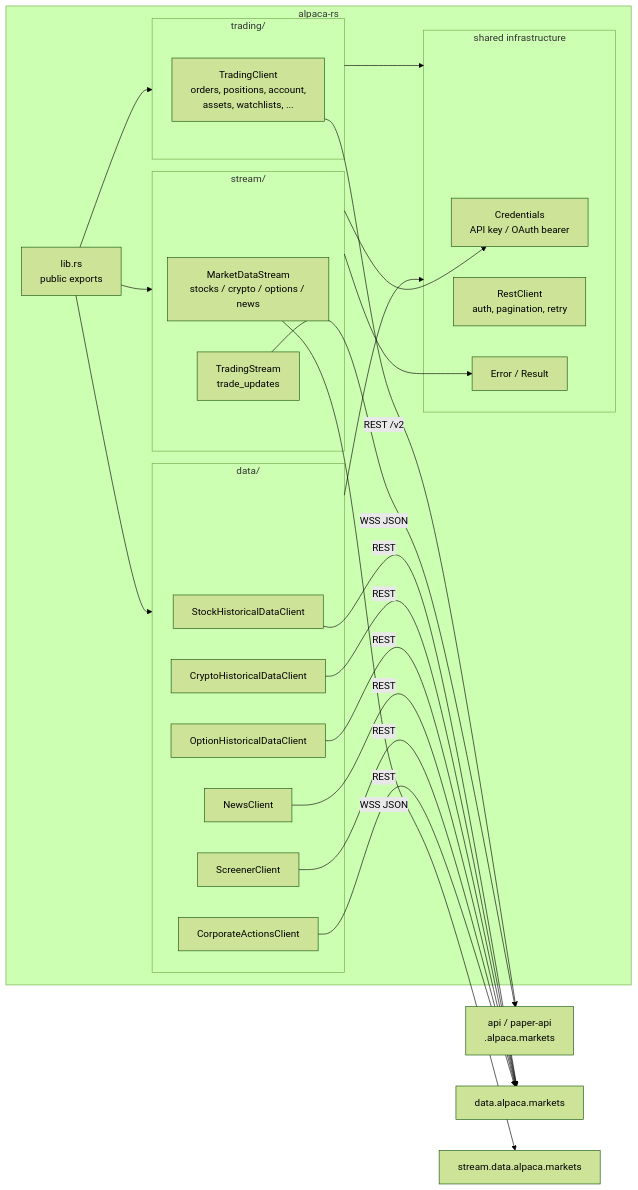
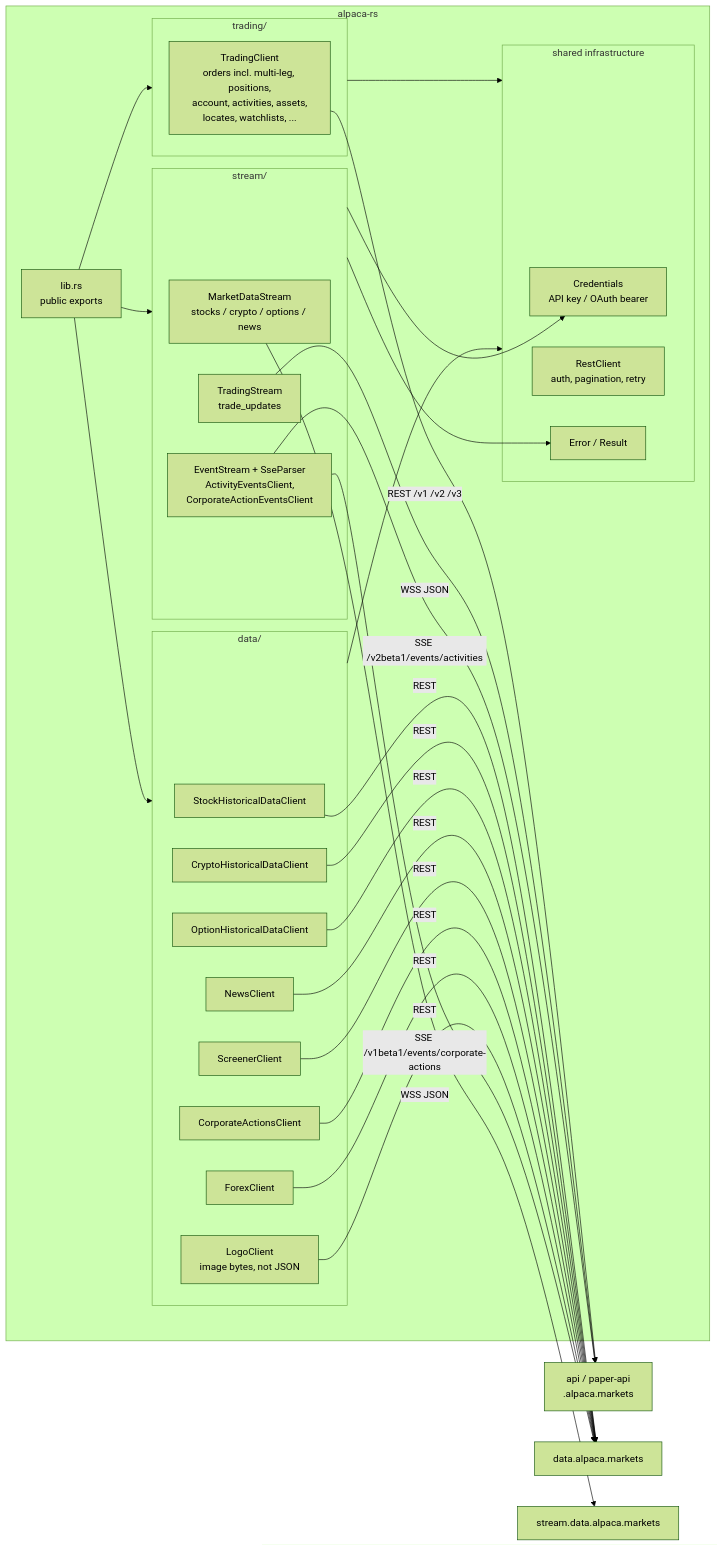
One commit to johnathonfox/alpaca-rs-client changed the diagram in docs/diagrams/architecture.mmd. Above: the diagram before and after it, drawn with Mermaid (forest theme). The commit also changed 29 other files, not shown here.

```diff
--- a/docs/diagrams/architecture.mmd
+++ b/docs/diagrams/architecture.mmd
@@ -1,34 +1,39 @@
 flowchart LR
     subgraph alpaca-rs
         lib[lib.rs<br/>public exports]
         subgraph infra [shared infrastructure]
             cred[Credentials<br/>API key / OAuth bearer]
             rest[RestClient<br/>auth, pagination, retry]
             err[Error / Result]
         end
         subgraph trading [trading/]
-            tc[TradingClient<br/>orders, positions, account,<br/>assets, watchlists, ...]
+            tc[TradingClient<br/>orders incl. multi-leg, positions,<br/>account, activities, assets,<br/>locates, watchlists, ...]
         end
         subgraph data [data/]
             stock[StockHistoricalDataClient]
             crypto[CryptoHistoricalDataClient]
             option[OptionHistoricalDataClient]
             news[NewsClient]
             screen[ScreenerClient]
             ca[CorporateActionsClient]
+            fx[ForexClient]
+            logo[LogoClient<br/>image bytes, not JSON]
         end
         subgraph stream [stream/]
             mds[MarketDataStream<br/>stocks / crypto / options / news]
             ts[TradingStream<br/>trade_updates]
+            sse[EventStream + SseParser<br/>ActivityEventsClient,<br/>CorporateActionEventsClient]
         end
     end
 
-    tc -->|REST /v2| tapi[api / paper-api<br/>.alpaca.markets]
-    stock & crypto & option & news & screen & ca -->|REST| dapi[data.alpaca.markets]
+    tc -->|REST /v1 /v2 /v3| tapi[api / paper-api<br/>.alpaca.markets]
+    stock & crypto & option & news & screen & ca & fx & logo -->|REST| dapi[data.alpaca.markets]
     mds -->|WSS JSON| sdata[stream.data.alpaca.markets]
     ts -->|WSS JSON| tapi
+    sse -->|SSE /v2beta1/events/activities| tapi
+    sse -->|SSE /v1beta1/events/corporate-actions| dapi
 
     lib --> trading & data & stream
     trading & data --> infra
     stream --> cred
     stream --> err
```
